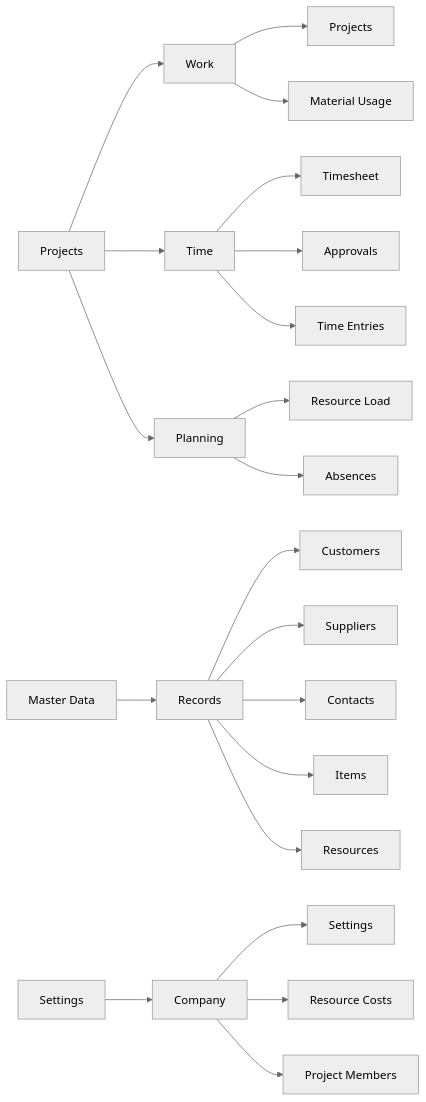
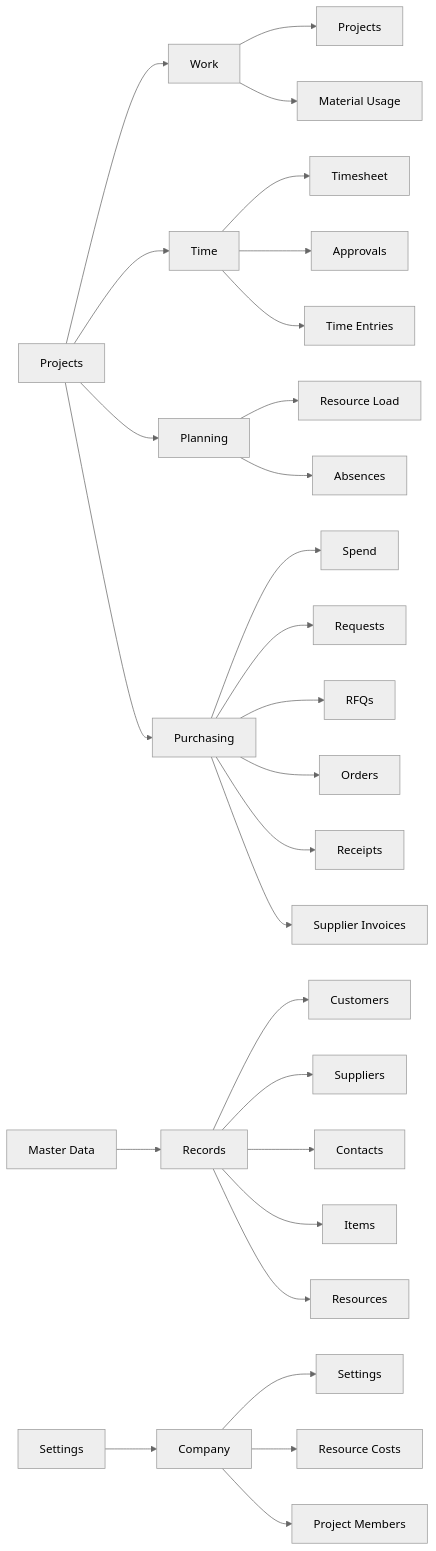
Before and after one commit to Power-Builders-Italia/ProjectIQ: the seventh of 7 diagrams in docs/data-model.md, drawn with Mermaid (neutral theme). The commit also changed other lines of this file and 322 other files, not shown here.

First line of the commit message:
Phase 4: purchasing, daily time reminder flow, timeline (#12)

````diff
--- a/docs/data-model.md
+++ b/docs/data-model.md
@@ -169,8 +248,9 @@
 ```mermaid
 flowchart LR
   P[Projects] --> W[Work] --> PR[Projects] & MU[Material Usage]
   P --> T[Time] --> TS[Timesheet] & AP[Approvals] & TE[Time Entries]
   P --> PL[Planning] --> RL[Resource Load] & AB[Absences]
+  P --> PU[Purchasing] --> SP[Spend] & RQ[Requests] & RF[RFQs] & PO[Orders] & GR[Receipts] & IN[Supplier Invoices]
   M[Master Data] --> R[Records] --> C1[Customers] & C2[Suppliers] & C3[Contacts] & C4[Items] & C5[Resources]
   S[Settings] --> CO[Company] --> S1[Settings] & S2[Resource Costs] & S3[Project Members]
 ```
````
